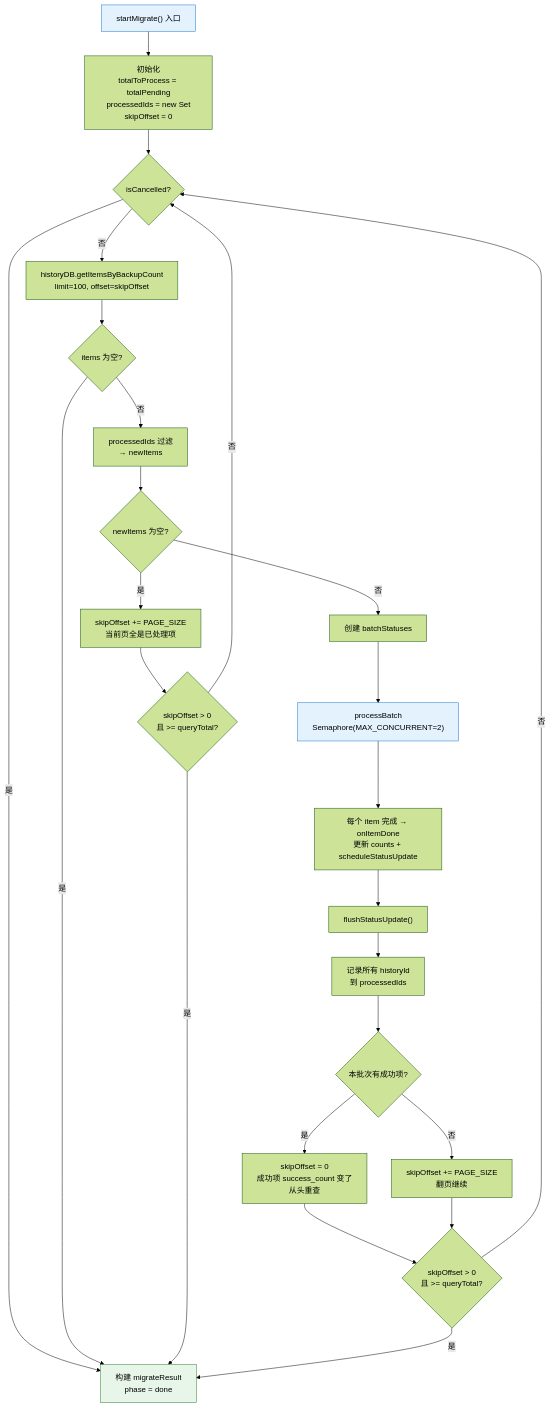
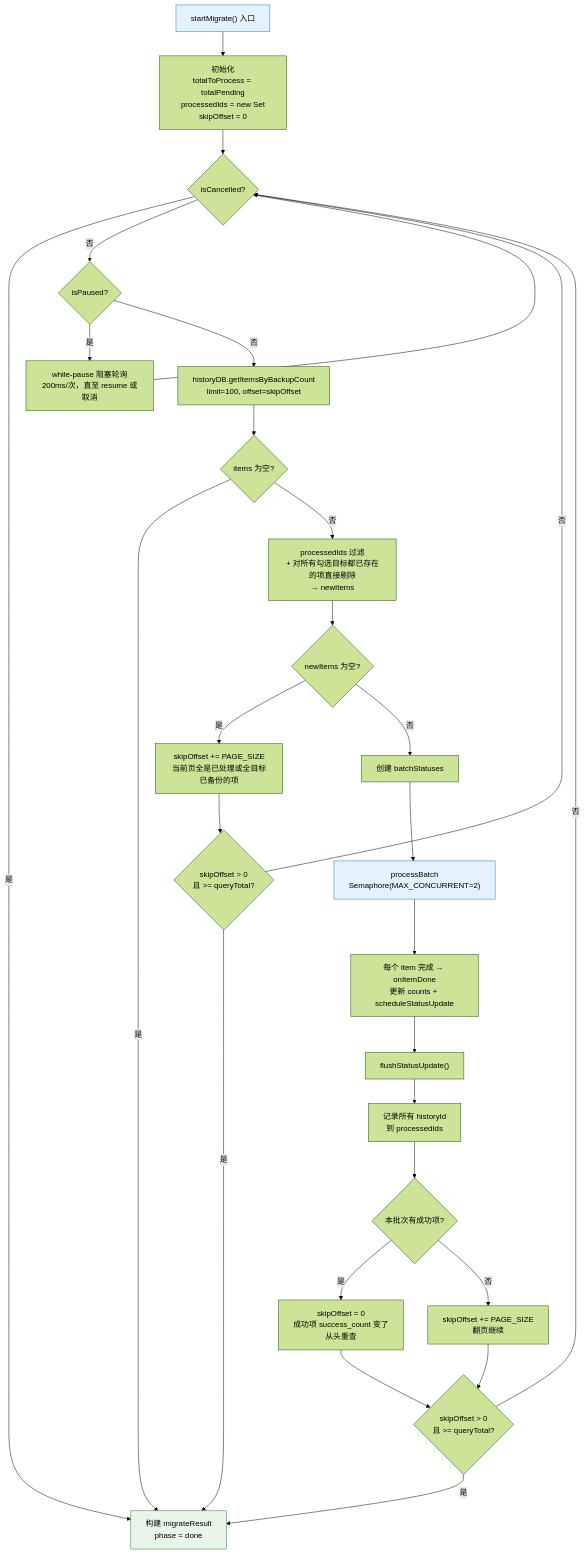
Before and after one commit to joeyliu6/PicNexus: the fourth of 7 diagrams in docs/flows/batch-migrate-flow.md, drawn with Mermaid (forest theme). The commit also changed other lines of this file, not shown here.

First line of the commit message:
docs(batch-migrate): 同步流程图与排查指南

````diff
--- a/docs/flows/batch-migrate-flow.md
+++ b/docs/flows/batch-migrate-flow.md
@@ -167,36 +199,39 @@
 ```mermaid
 flowchart TD
     A["startMigrate() 入口"] --> B["初始化<br/>totalToProcess = totalPending<br/>processedIds = new Set<br/>skipOffset = 0"]
     B --> C{isCancelled?}
     C -- 是 --> Z["构建 migrateResult<br/>phase = done"]
-    C -- 否 --> D["historyDB.getItemsByBackupCount<br/>limit=100, offset=skipOffset"]
+    C -- 否 --> CP{isPaused?}
+    CP -- 是 --> CP1["while-pause 阻塞轮询<br/>200ms/次，直至 resume 或取消"]
+    CP1 --> C
+    CP -- 否 --> D["historyDB.getItemsByBackupCount<br/>limit=100, offset=skipOffset"]
 
     D --> E{items 为空?}
     E -- 是 --> Z
-    E -- 否 --> F["processedIds 过滤<br/>→ newItems"]
+    E -- 否 --> F["processedIds 过滤<br/>+ 对所有勾选目标都已存在的项直接剔除<br/>→ newItems"]
 
     F --> G{newItems 为空?}
-    G -- 是 --> H["skipOffset += PAGE_SIZE<br/>当前页全是已处理项"]
+    G -- 是 --> H["skipOffset += PAGE_SIZE<br/>当前页全是已处理或全目标已备份的项"]
     H --> I{skipOffset > 0<br/>且 >= queryTotal?}
     I -- 是 --> Z
     I -- 否 --> C
 
     G -- 否 --> J["创建 batchStatuses"]
     J --> K["processBatch<br/>Semaphore(MAX_CONCURRENT=2)"]
     K --> L["每个 item 完成 → onItemDone<br/>更新 counts + scheduleStatusUpdate"]
     L --> M["flushStatusUpdate()"]
 
     M --> N["记录所有 historyId<br/>到 processedIds"]
     N --> O{本批次有成功项?}
     O -- "是" --> P["skipOffset = 0<br/>成功项 success_count 变了<br/>从头重查"]
     O -- "否" --> Q["skipOffset += PAGE_SIZE<br/>翻页继续"]
 
     P --> R{skipOffset > 0<br/>且 >= queryTotal?}
     Q --> R
     R -- 是 --> Z
     R -- 否 --> C
 
     style A fill:#e3f2fd,stroke:#1976d2
     style Z fill:#e8f5e9,stroke:#2e7d32
     style K fill:#e3f2fd,stroke:#1976d2
 ```
````
